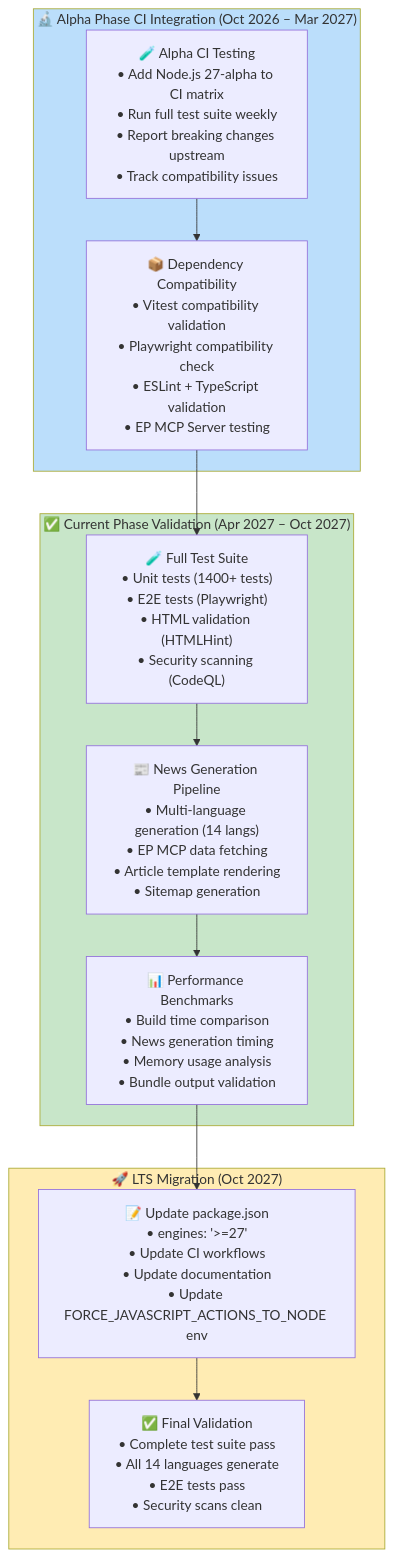
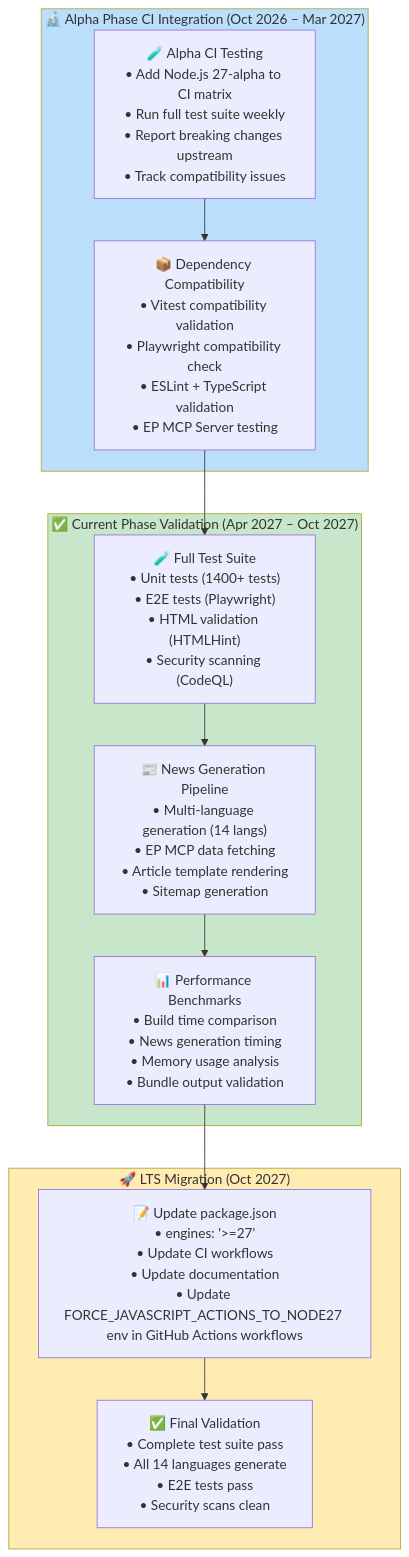
Before and after one commit to Hack23/euparliamentmonitor: the third of 6 diagrams in End-of-Life-Strategy.md, drawn with Mermaid. The commit also changed 2 other files, not shown here.

Commit message:
Apply review feedback: fix Mermaid rendering, correct GitHub Actions limits, specify env var name
- FinancialSecurityPlan.md: Remove quotes from quadrantChart labels for consistent Mermaid rendering
- FinancialSecurityPlan.md: Fix GitHub Actions note (unlimited for public repos, 2000 min for private)
- BCPPlan.md: Replace raw < with ≤ in Mermaid flowchart labels to avoid HTML parsing issues
- End-of-Life-Strategy.md: Specify exact env var FORCE_JAVASCRIPT_ACTIONS_TO_NODE27

````diff
--- a/End-of-Life-Strategy.md
+++ b/End-of-Life-Strategy.md
@@ -251,29 +251,29 @@
 ```mermaid
 flowchart TB
     subgraph ALPHA["🔬 Alpha Phase CI Integration (Oct 2026 – Mar 2027)"]
         ALPHA_CI["🧪 Alpha CI Testing<br/>• Add Node.js 27-alpha to CI matrix<br/>• Run full test suite weekly<br/>• Report breaking changes upstream<br/>• Track compatibility issues"]
         DEP_COMPAT["📦 Dependency Compatibility<br/>• Vitest compatibility validation<br/>• Playwright compatibility check<br/>• ESLint + TypeScript validation<br/>• EP MCP Server testing"]
     end
 
     subgraph CURRENT["✅ Current Phase Validation (Apr 2027 – Oct 2027)"]
         FULL_TEST["🧪 Full Test Suite<br/>• Unit tests (1400+ tests)<br/>• E2E tests (Playwright)<br/>• HTML validation (HTMLHint)<br/>• Security scanning (CodeQL)"]
         NEWS_GEN["📰 News Generation Pipeline<br/>• Multi-language generation (14 langs)<br/>• EP MCP data fetching<br/>• Article template rendering<br/>• Sitemap generation"]
         PERF_BENCH["📊 Performance Benchmarks<br/>• Build time comparison<br/>• News generation timing<br/>• Memory usage analysis<br/>• Bundle output validation"]
     end
 
     subgraph MIGRATION["🚀 LTS Migration (Oct 2027)"]
-        UPDATE_ENGINES["📝 Update package.json<br/>• engines: '>=27'<br/>• Update CI workflows<br/>• Update documentation<br/>• Update FORCE_JAVASCRIPT_ACTIONS_TO_NODE env"]
+        UPDATE_ENGINES["📝 Update package.json<br/>• engines: '>=27'<br/>• Update CI workflows<br/>• Update documentation<br/>• Update FORCE_JAVASCRIPT_ACTIONS_TO_NODE27 env in GitHub Actions workflows"]
         FINAL_VALIDATION["✅ Final Validation<br/>• Complete test suite pass<br/>• All 14 languages generate<br/>• E2E tests pass<br/>• Security scans clean"]
     end
 
     ALPHA_CI --> DEP_COMPAT
     DEP_COMPAT --> FULL_TEST
     FULL_TEST --> NEWS_GEN
     NEWS_GEN --> PERF_BENCH
     PERF_BENCH --> UPDATE_ENGINES
     UPDATE_ENGINES --> FINAL_VALIDATION
 
     style ALPHA fill:#bbdefb
     style CURRENT fill:#c8e6c9
     style MIGRATION fill:#ffecb3
 ```
````
